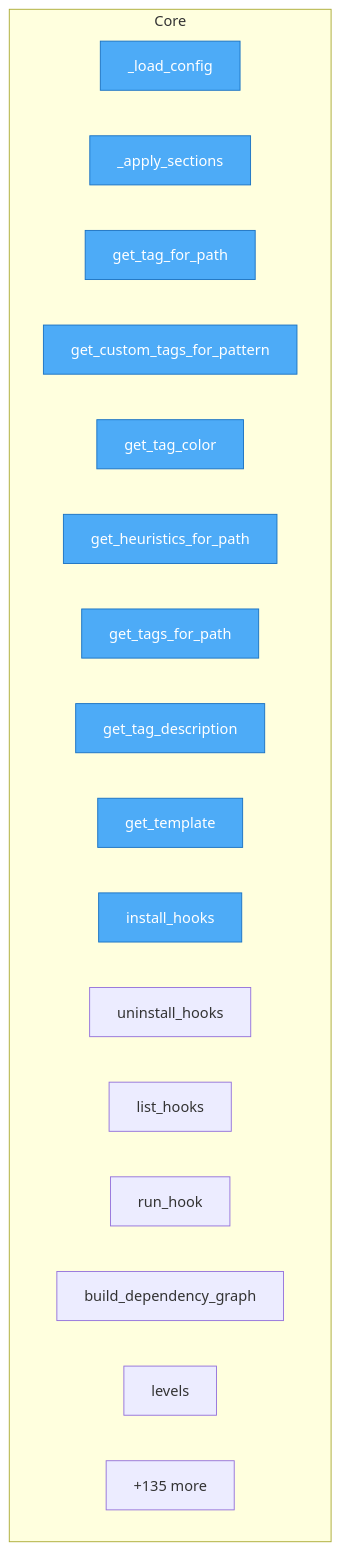
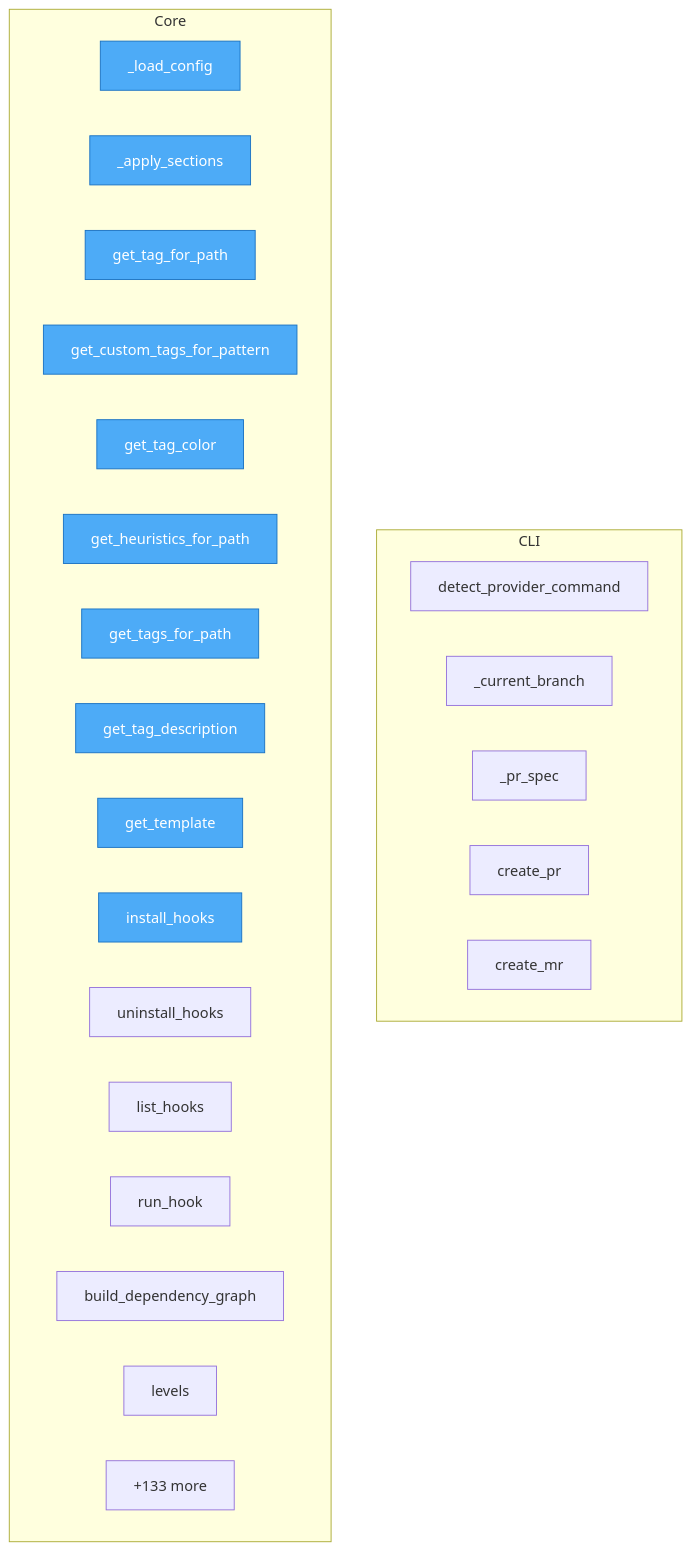
One commit to semcod/tagi changed the diagram in project/flow.mmd. Above: the diagram before and after it, drawn with Mermaid. The commit also changed 17 other files, not shown here.

```diff
--- a/project/flow.mmd
+++ b/project/flow.mmd
@@ -1,26 +1,34 @@
 flowchart TD
-%% generated in 0.00s
+%% generated in 0.01s
 
     %% Entry points (blue)
     classDef entry fill:#4dabf7,stroke:#1971c2,color:#fff
+
+    subgraph CLI
+        tagi__cli__provider_commands__detect_provider_command["detect_provider_command"]
+        tagi__cli__provider_commands___current_branch["_current_branch"]
+        tagi__cli__provider_commands___pr_spec["_pr_spec"]
+        tagi__cli__provider_commands__create_pr["create_pr"]
+        tagi__cli__provider_commands__create_mr["create_mr"]
+    end
 
     subgraph Core
         src__tagi__config__Config___load_config["_load_config"]
         src__tagi__config__Config___apply_sections["_apply_sections"]
         src__tagi__config__Config__get_tag_for_path["get_tag_for_path"]
         src__tagi__config__Config__get_custom_tags_for_pattern["get_custom_tags_for_pattern"]
         src__tagi__config__Config__get_tag_color["get_tag_color"]
         src__tagi__config__Config__get_heuristics_for_path["get_heuristics_for_path"]
         src__tagi__config__Config__get_tags_for_path["get_tags_for_path"]
         src__tagi__config__Config__get_tag_description["get_tag_description"]
         src__tagi__config__Config__get_template["get_template"]
         src__tagi__hooks__install_hooks["install_hooks"]
         src__tagi__hooks__uninstall_hooks["uninstall_hooks"]
         src__tagi__hooks__list_hooks["list_hooks"]
         src__tagi__hooks__run_hook["run_hook"]
         src__tagi__analyzer__dependency_graph__build_dependency_graph["build_dependency_graph"]
         src__tagi__analyzer__dependency_graph___LevelOrder__levels["levels"]
-        ...["+135 more"]
+        ...["+133 more"]
     end
 
     class src__tagi__config__Config___load_config,src__tagi__config__Config___apply_sections,src__tagi__config__Config__get_tag_for_path,src__tagi__config__Config__get_custom_tags_for_pattern,src__tagi__config__Config__get_tag_color,src__tagi__config__Config__get_heuristics_for_path,src__tagi__config__Config__get_tags_for_path,src__tagi__config__Config__get_tag_description,src__tagi__config__Config__get_template,src__tagi__hooks__install_hooks entry
```
